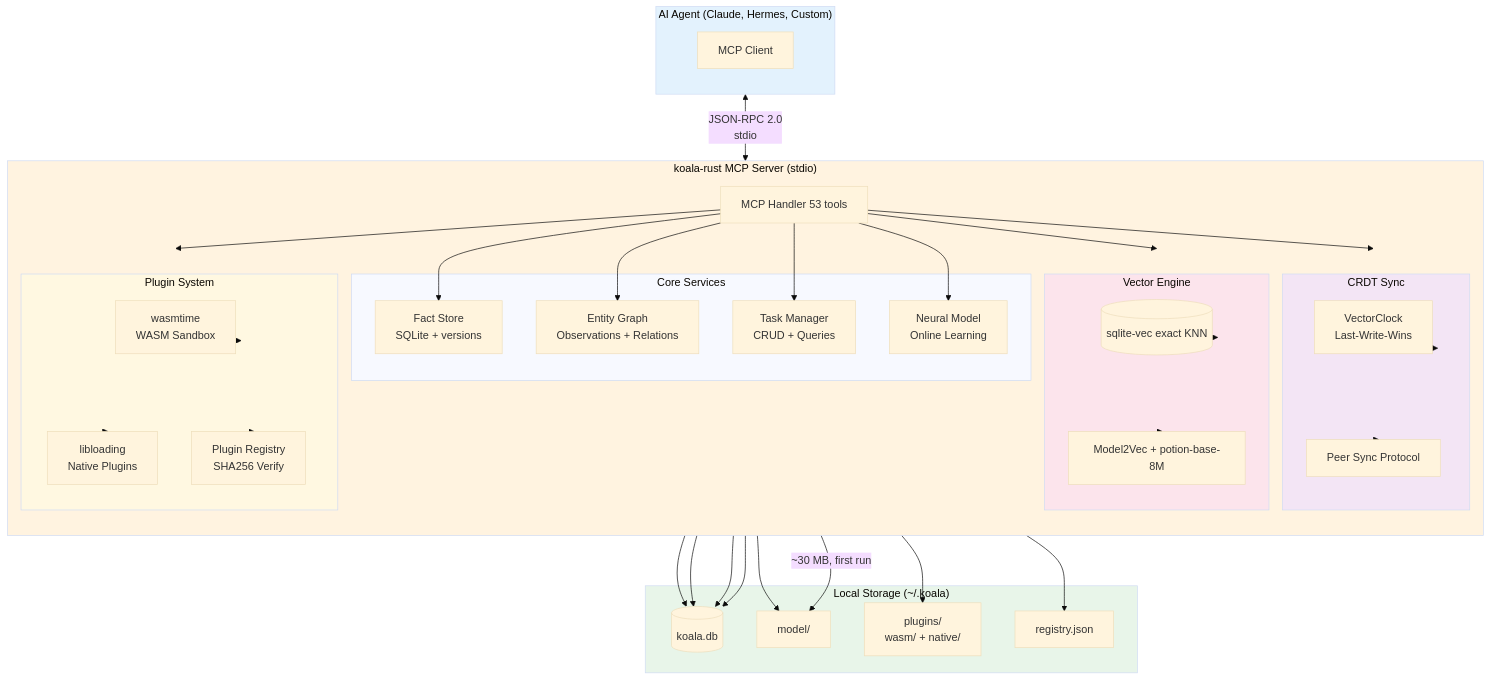
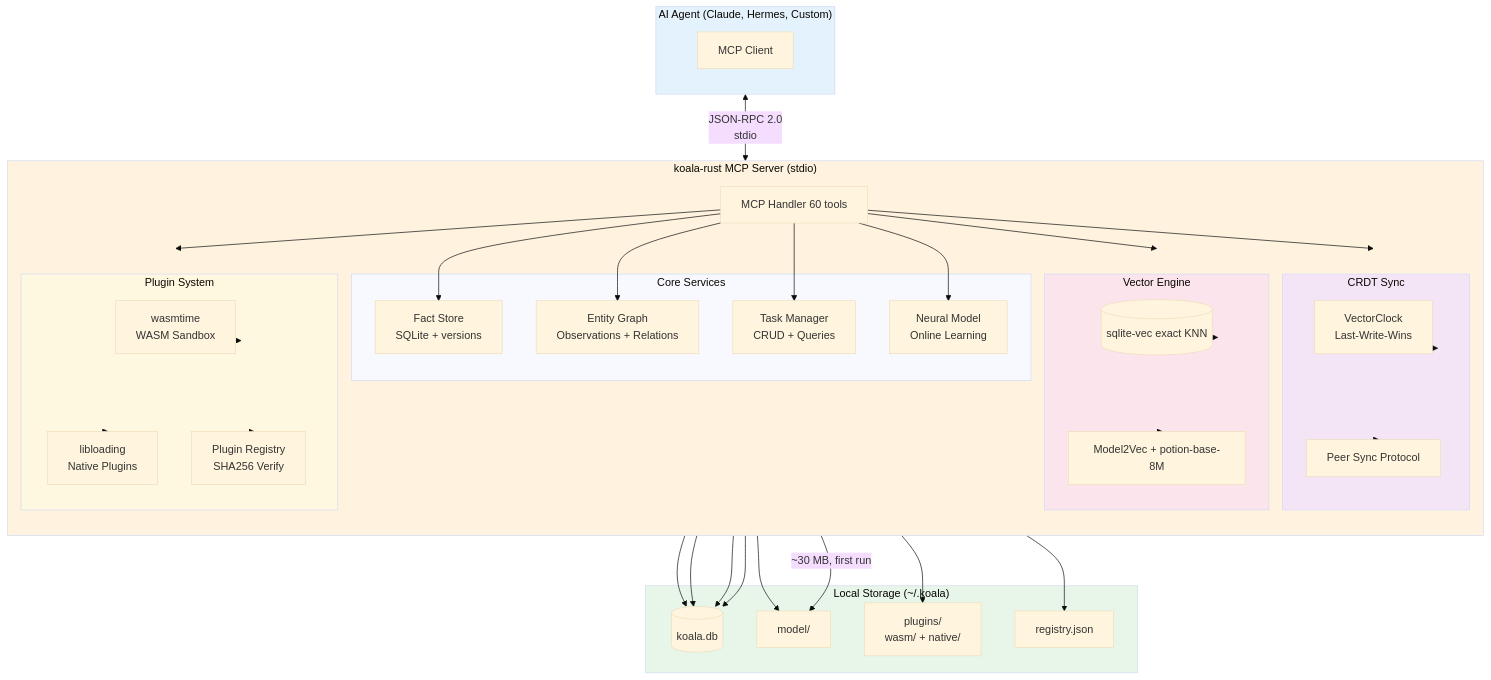
The diagram in README.md (dbillion/koala-rust), drawn with Mermaid (base theme) before and after one commit. The commit also changed other lines of this file and 2 other files, not shown here.

````diff
--- a/README.md
+++ b/README.md
@@ -29,75 +196,75 @@
 ```mermaid
 flowchart TB
     subgraph Agent["AI Agent (Claude, Hermes, Custom)"]
         direction TB
         MCP_CLIENT[MCP Client]
     end
 
     subgraph Server["koala-rust MCP Server (stdio)"]
         direction TB
-        MCP_HANDLER[MCP Handler 53 tools]
+        MCP_HANDLER[MCP Handler 60 tools]
         
         subgraph Core["Core Services"]
             FACTS[Fact Store<br/>SQLite + versions]
             ENTITIES[Entity Graph<br/>Observations + Relations]
             TASKS[Task Manager<br/>CRUD + Queries]
             NEURAL[Neural Model<br/>Online Learning]
         end
         
         subgraph Vector["Vector Engine"]
             SQLITE_VEC[(sqlite-vec exact KNN)]
             EMBEDDINGS[Model2Vec + potion-base-8M]
         end
         
         subgraph Sync["CRDT Sync"]
             VECTOR_CLOCK[VectorClock<br/>Last-Write-Wins]
             PEER_SYNC[Peer Sync Protocol]
         end
         
         subgraph Plugins["Plugin System"]
             WASM_RUNTIME[wasmtime<br/>WASM Sandbox]
             NATIVE_LOADER[libloading<br/>Native Plugins]
             MARKETPLACE[Plugin Registry<br/>SHA256 Verify]
         end
     end
 
     subgraph Storage["Local Storage (~/.koala)"]
         KOALA_DB[(koala.db)]
         MODEL_DIR[model/]
         PLUGIN_DIR[plugins/<br/>wasm/ + native/]
         REGISTRY[registry.json]
     end
 
     MCP_CLIENT <-->|JSON-RPC 2.0<br/>stdio| MCP_HANDLER
     MCP_HANDLER --> FACTS
     MCP_HANDLER --> ENTITIES
     MCP_HANDLER --> TASKS
     MCP_HANDLER --> NEURAL
     MCP_HANDLER --> Vector
     MCP_HANDLER --> Sync
     MCP_HANDLER --> Plugins
     
     FACTS --> KOALA_DB
     ENTITIES --> KOALA_DB
     TASKS --> KOALA_DB
     NEURAL --> MODEL_DIR
     Vector --> SQLITE_VEC
     Vector --> EMBEDDINGS
     Sync --> VECTOR_CLOCK
     Sync --> PEER_SYNC
     Plugins --> WASM_RUNTIME
     Plugins --> NATIVE_LOADER
     Plugins --> MARKETPLACE
     Plugins --> PLUGIN_DIR
     MARKETPLACE --> REGISTRY
     
     SQLITE_VEC --> KOALA_DB
     EMBEDDINGS -->|~30 MB, first run| MODEL_DIR
 
     style Agent fill:#e3f2fd
     style Server fill:#fff3e0
     style Storage fill:#e8f5e9
     style Vector fill:#fce4ec
     style Sync fill:#f3e5f5
     style Plugins fill:#fff8e1
 ```
````
